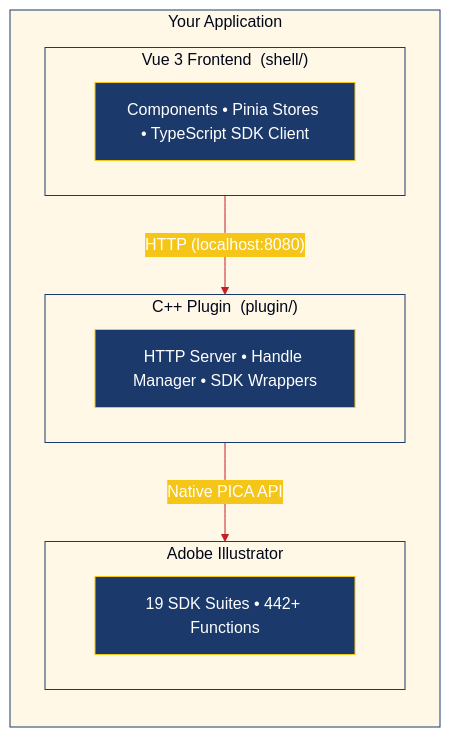
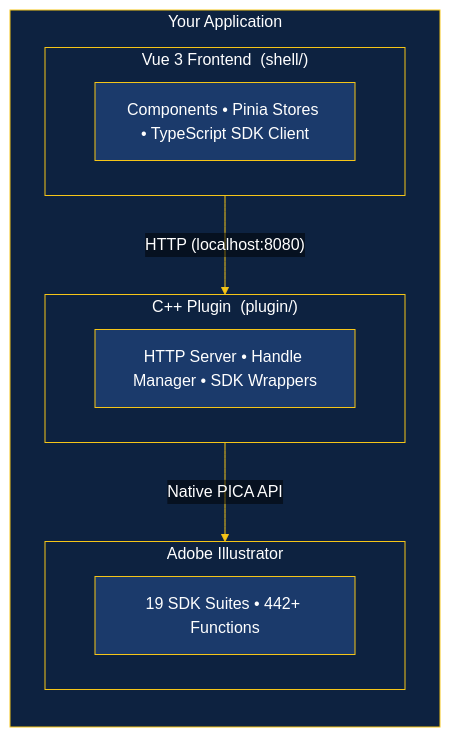
Before and after one commit to ByteBard97/nuxp: the diagram in README.md, drawn with Mermaid. The commit also changed 1 other file, not shown here.

Commit message:
docs: fix diagram colors for dark theme readability
Use gold lines/text, dark navy backgrounds, and white text for
high contrast on both light and dark GitHub themes.

````diff
--- a/README.md
+++ b/README.md
@@ -34,27 +34,30 @@
 ```mermaid
 %%{init: {'theme': 'base', 'themeVariables': {
   'primaryColor': '#1B3A6B',
   'primaryTextColor': '#FFFFFF',
   'primaryBorderColor': '#F5C518',
-  'lineColor': '#C41E24',
-  'secondaryColor': '#F5C518',
-  'tertiaryColor': '#FFF8E7',
-  'clusterBkg': '#FFF8E7',
-  'clusterBorder': '#1B3A6B'
+  'lineColor': '#F5C518',
+  'secondaryColor': '#C41E24',
+  'secondaryTextColor': '#FFFFFF',
+  'tertiaryColor': '#2A5298',
+  'tertiaryTextColor': '#FFFFFF',
+  'clusterBkg': '#0D2240',
+  'clusterBorder': '#F5C518',
+  'edgeLabelBackground': 'transparent'
 }}}%%
 flowchart TB
     subgraph App["Your Application"]
         direction TB
         subgraph Frontend["Vue 3 Frontend &nbsp;(shell/)"]
             FE["Components &bull; Pinia Stores &bull; TypeScript SDK Client"]
         end
         Frontend -->|"HTTP (localhost:8080)"| Plugin
         subgraph Plugin["C++ Plugin &nbsp;(plugin/)"]
             PL["HTTP Server &bull; Handle Manager &bull; SDK Wrappers"]
         end
         Plugin -->|"Native PICA API"| AI
         subgraph AI["Adobe Illustrator"]
             SDK["19 SDK Suites &bull; 442+ Functions"]
         end
     end
 ```
````
